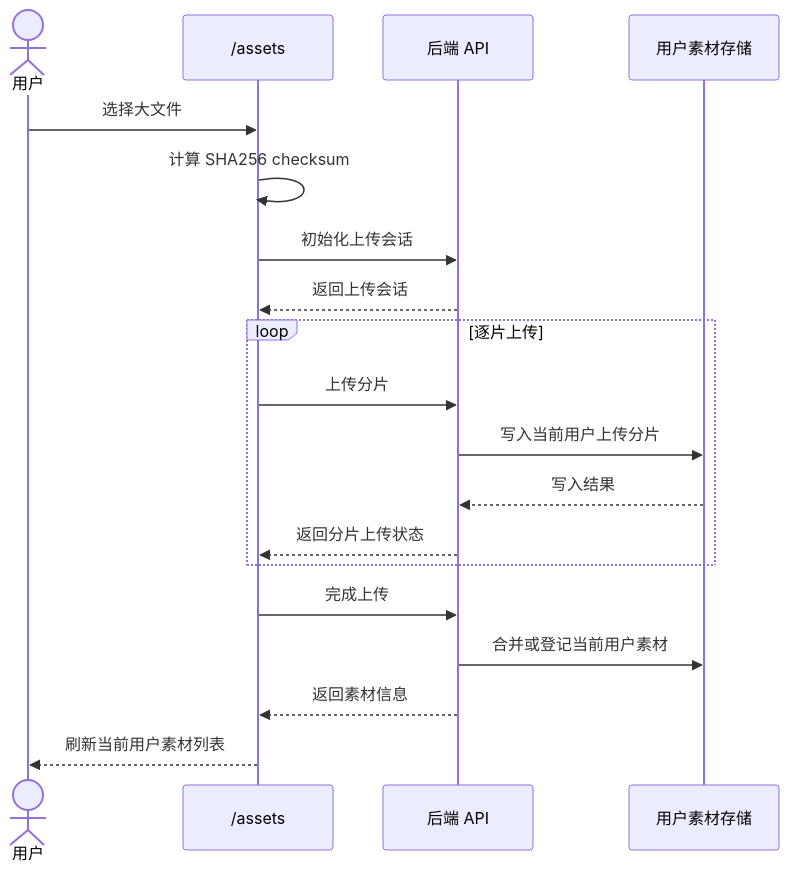
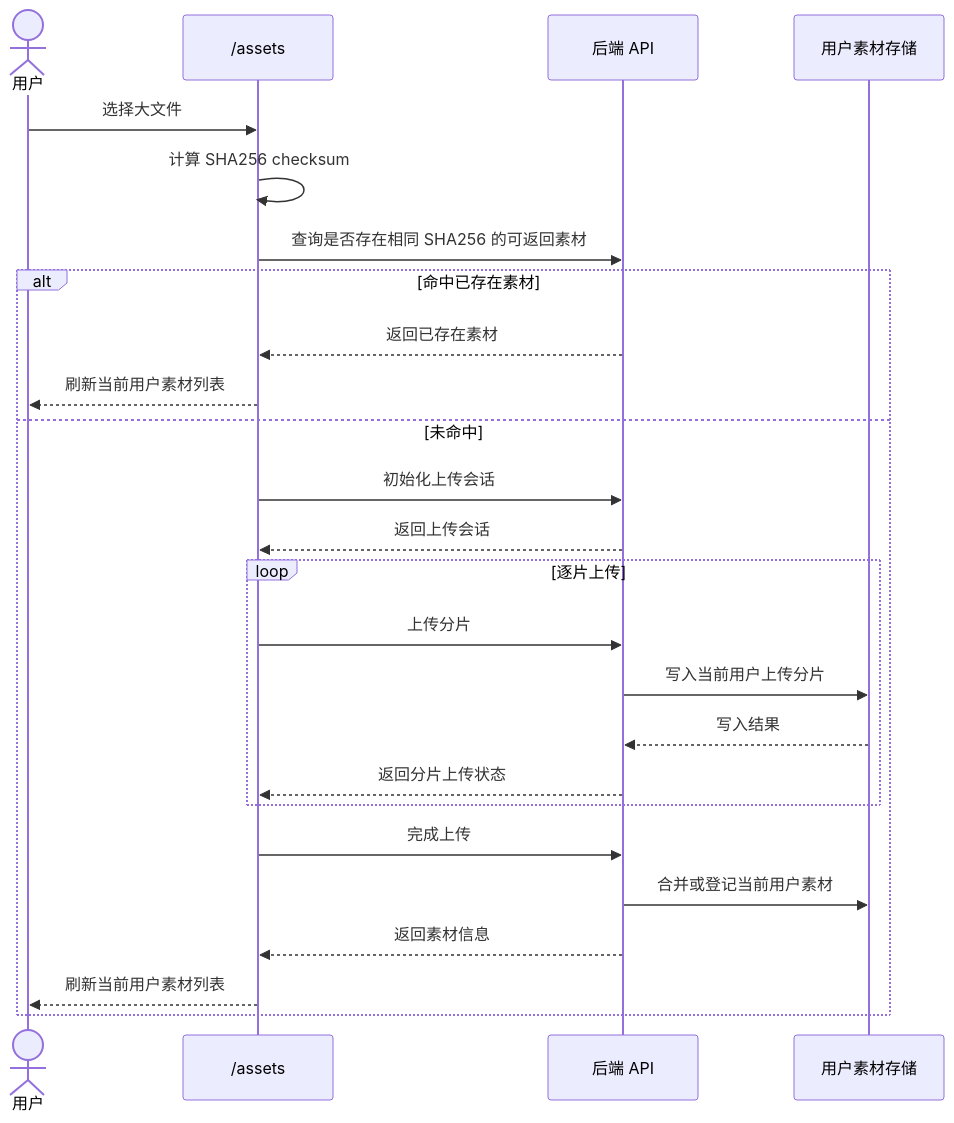
Before and after one commit to wangweihong/omnimam-spec: the second of 9 diagrams in 00_product/domains/asset-library/product-spec.md, drawn with Mermaid. The commit also changed other lines of this file and 6 other files, not shown here.

````diff
--- a/00_product/domains/asset-library/product-spec.md
+++ b/00_product/domains/asset-library/product-spec.md
@@ -420,22 +520,28 @@
 ```mermaid
 sequenceDiagram
   actor U as 用户
   participant UI as /assets
   participant API as 后端 API
   participant Store as 用户素材存储
 
   U->>UI: 选择大文件
   UI->>UI: 计算 SHA256 checksum
-  UI->>API: 初始化上传会话
-  API-->>UI: 返回上传会话
-  loop 逐片上传
-    UI->>API: 上传分片
-    API->>Store: 写入当前用户上传分片
-    Store-->>API: 写入结果
-    API-->>UI: 返回分片上传状态
+  UI->>API: 查询是否存在相同 SHA256 的可返回素材
+  alt 命中已存在素材
+    API-->>UI: 返回已存在素材
+    UI-->>U: 刷新当前用户素材列表
+  else 未命中
+    UI->>API: 初始化上传会话
+    API-->>UI: 返回上传会话
+    loop 逐片上传
+      UI->>API: 上传分片
+      API->>Store: 写入当前用户上传分片
+      Store-->>API: 写入结果
+      API-->>UI: 返回分片上传状态
+    end
+    UI->>API: 完成上传
+    API->>Store: 合并或登记当前用户素材
+    API-->>UI: 返回素材信息
+    UI-->>U: 刷新当前用户素材列表
   end
-  UI->>API: 完成上传
-  API->>Store: 合并或登记当前用户素材
-  API-->>UI: 返回素材信息
-  UI-->>U: 刷新当前用户素材列表
 ```
````
